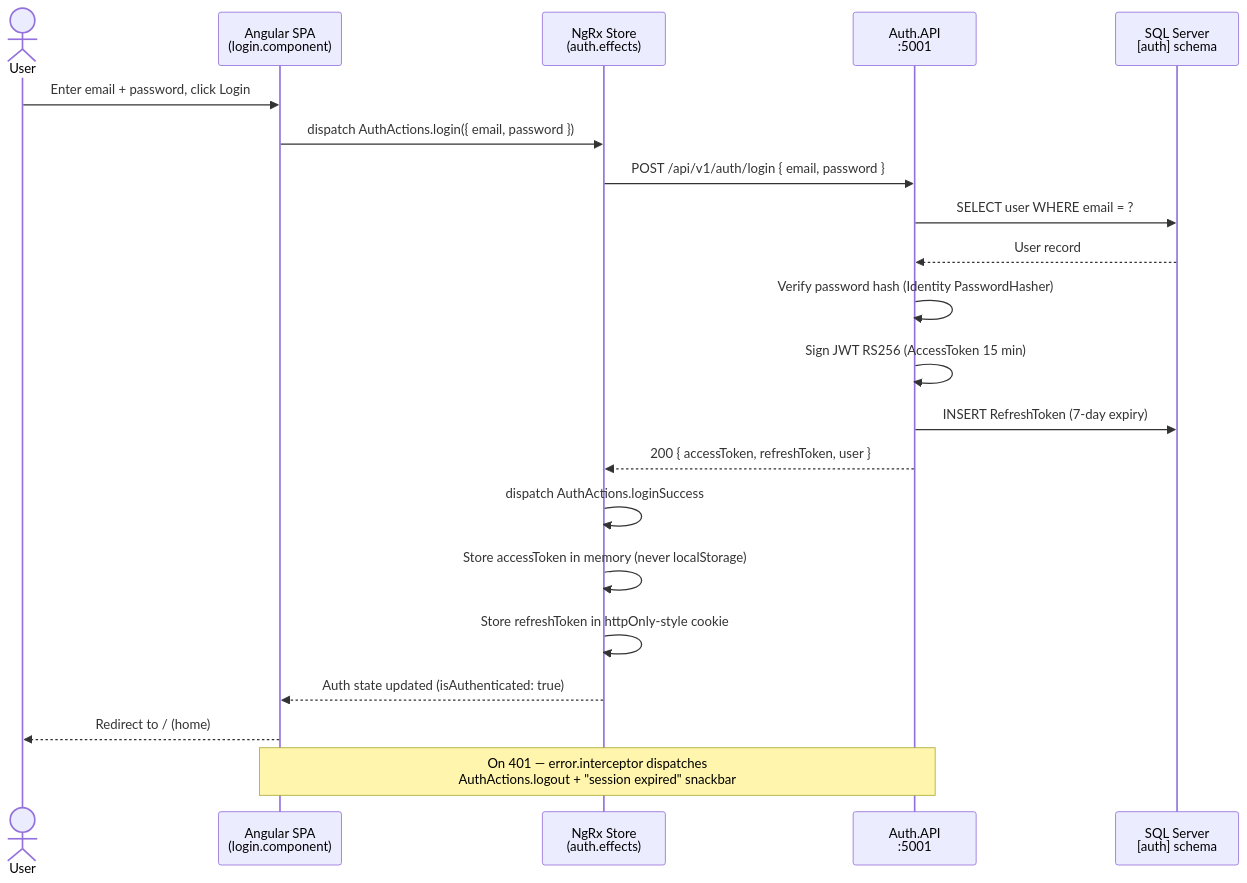
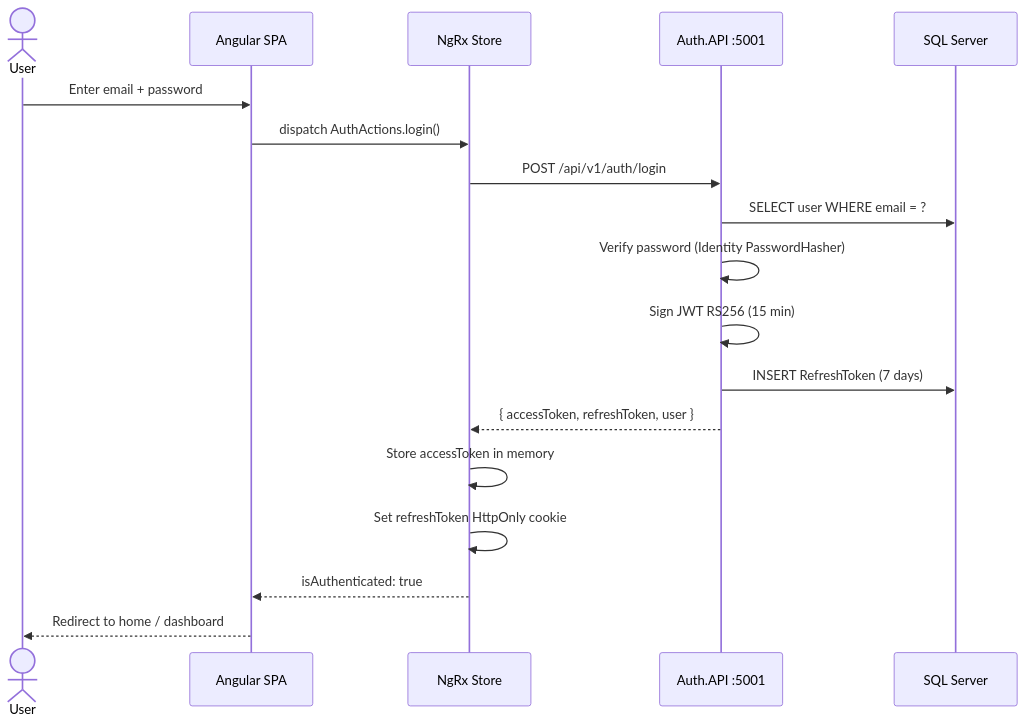
The first of 3 diagrams in docs/ARCHITECTURE.md (devgorana/tata-cliq-ecommerce-clone-dotnet-angular-sql), drawn with Mermaid before and after one commit. The commit also changed other lines of this file and 15 other files, not shown here.

````diff
--- a/docs/ARCHITECTURE.md
+++ b/docs/ARCHITECTURE.md
@@ -159,25 +517,21 @@
 ```mermaid
 sequenceDiagram
     actor User
-    participant Angular as Angular SPA<br/>(login.component)
-    participant NgRx as NgRx Store<br/>(auth.effects)
-    participant Auth as Auth.API<br/>:5001
-    participant DB as SQL Server<br/>[auth] schema
+    participant SPA as Angular SPA
+    participant NgRx as NgRx Store
+    participant Auth as Auth.API :5001
+    participant DB as SQL Server
 
-    User->>Angular: Enter email + password, click Login
-    Angular->>NgRx: dispatch AuthActions.login({ email, password })
-    NgRx->>Auth: POST /api/v1/auth/login { email, password }
+    User->>SPA: Enter email + password
+    SPA->>NgRx: dispatch AuthActions.login()
+    NgRx->>Auth: POST /api/v1/auth/login
     Auth->>DB: SELECT user WHERE email = ?
-    DB-->>Auth: User record
-    Auth->>Auth: Verify password hash (Identity PasswordHasher)
-    Auth->>Auth: Sign JWT RS256 (AccessToken 15 min)
-    Auth->>DB: INSERT RefreshToken (7-day expiry)
-    Auth-->>NgRx: 200 { accessToken, refreshToken, user }
-    NgRx->>NgRx: dispatch AuthActions.loginSuccess
-    NgRx->>NgRx: Store accessToken in memory (never localStorage)
-    NgRx->>NgRx: Store refreshToken in httpOnly-style cookie
-    NgRx-->>Angular: Auth state updated (isAuthenticated: true)
-    Angular-->>User: Redirect to / (home)
-
-    Note over Angular,Auth: On 401 — error.interceptor dispatches<br/>AuthActions.logout + "session expired" snackbar
+    Auth->>Auth: Verify password (Identity PasswordHasher)
+    Auth->>Auth: Sign JWT RS256 (15 min)
+    Auth->>DB: INSERT RefreshToken (7 days)
+    Auth-->>NgRx: { accessToken, refreshToken, user }
+    NgRx->>NgRx: Store accessToken in memory
+    NgRx->>NgRx: Set refreshToken HttpOnly cookie
+    NgRx-->>SPA: isAuthenticated: true
+    SPA-->>User: Redirect to home / dashboard
 ```
````
